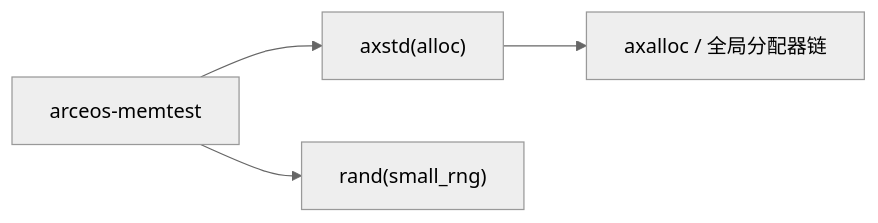
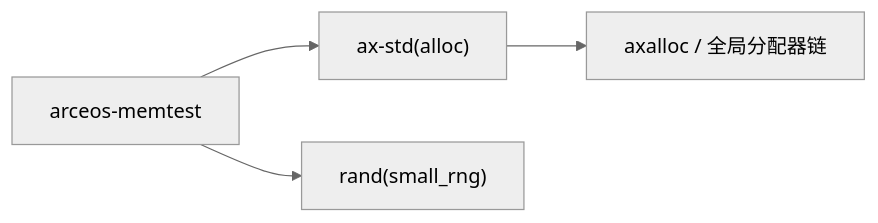
Before and after one commit to rcore-os/tgoskits: the second of 2 diagrams in docs/crates/arceos-memtest.md, drawn with Mermaid (neutral theme). The commit also changed other lines of this file and 153 other files, not shown here.

Commit message:
rename axstd to ax-std

````diff
--- a/docs/crates/arceos-memtest.md
+++ b/docs/crates/arceos-memtest.md
@@ -80,6 +80,6 @@
 ```mermaid
 graph LR
-    test["arceos-memtest"] --> axstd["axstd(alloc)"]
+    test["arceos-memtest"] --> ax-std["ax-std(alloc)"]
     test --> rand["rand(small_rng)"]
-    axstd --> axalloc["axalloc / 全局分配器链"]
+    ax-std --> axalloc["axalloc / 全局分配器链"]
 ```
````
